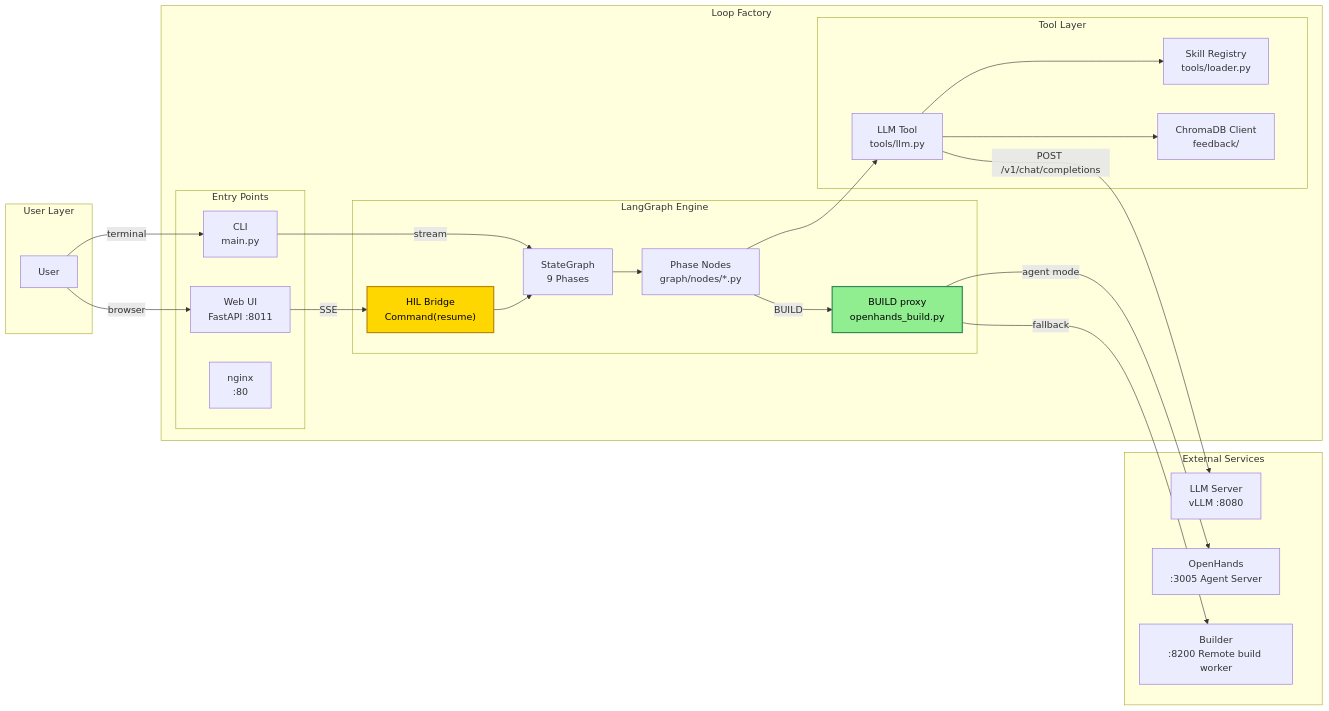
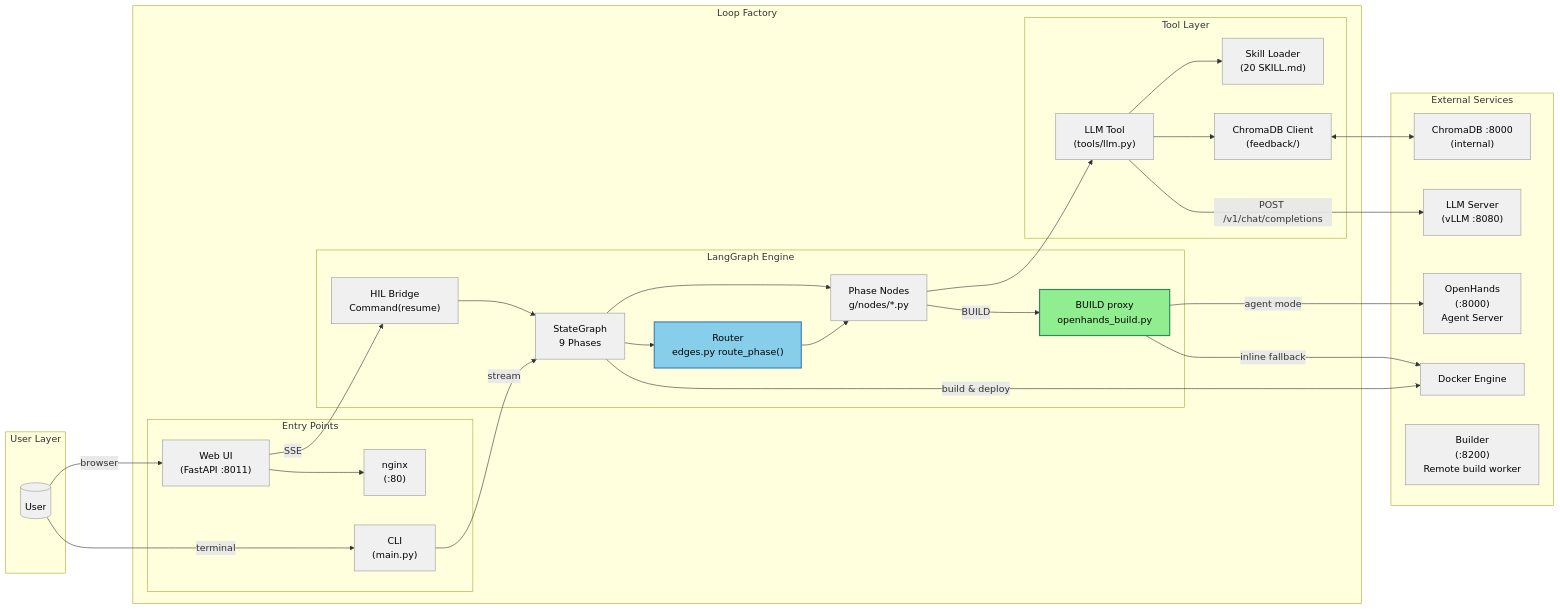
Before and after one commit to terrygzhou/loop_engineering_factory: the third of 4 diagrams in README.md, drawn with Mermaid. The commit also changed other lines of this file and 6 other files, not shown here.

First line of the commit message:
refactor(langgraph): HIL handling for split DISCOVER nodes + return-only pattern

````diff
--- a/README.md
+++ b/README.md
@@ -140,52 +109,65 @@
 ```mermaid
 graph LR
     subgraph User["User Layer"]
-        U["User"]
+        U[("User")]
     end
 
     subgraph LoopFactory["Loop Factory"]
         subgraph Entry["Entry Points"]
-            CLI["CLI<br/>main.py"]
-            WebUI["Web UI<br/>FastAPI :8011"]
-            Nginx["nginx<br/>:80"]
+            CLI["CLI<br/>(main.py)"]
+            WebUI["Web UI<br/>(FastAPI :8011)"]
+            Nginx["nginx<br/>(:80)"]
         end
 
         subgraph Engine["LangGraph Engine"]
             Graph["StateGraph<br/>9 Phases"]
-            Nodes["Phase Nodes<br/>graph/nodes/*.py"]
+            Nodes["Phase Nodes<br/>g/nodes/*.py"]
             Bridge["HIL Bridge<br/>Command(resume)"]
             BuildProxy["BUILD proxy<br/>openhands_build.py"]
+            Router["Router<br/>edges.py route_phase()"]
         end
 
         subgraph Tools["Tool Layer"]
-            LLM["LLM Tool<br/>tools/llm.py"]
-            Skills["Skill Registry<br/>tools/loader.py"]
-            ChromaC["ChromaDB Client<br/>feedback/"]
+            LLM["LLM Tool<br/>(tools/llm.py)"]
+            Skills["Skill Loader<br/>(20 SKILL.md)"]
+            ChromaC["ChromaDB Client<br/>(feedback/)"]
         end
     end
 
     subgraph External["External Services"]
-        LLM_Srv["LLM Server<br/>vLLM :8080"]
-        OpenHands["OpenHands<br/>:3005 Agent Server"]
-        Builder["Builder<br/>:8200 Remote build worker"]
+        LLM_Srv["LLM Server<br/>(vLLM :8080)"]
+        Docker["Docker Engine"]
+        Chroma["ChromaDB :8000<br/>(internal)"]
+        OpenHands["OpenHands<br/>(:8000)<br/>Agent Server"]
+        Builder["Builder<br/>(:8200)<br/>Remote build worker"]
     end
 
     U -->|browser| WebUI
     U -->|terminal| CLI
     CLI -->|stream| Graph
     WebUI -->|SSE| Bridge
     Bridge --> Graph
     Graph --> Nodes
+    Graph --> Router
+    Router --> Nodes
     Nodes --> LLM
     LLM --> Skills
     LLM --> ChromaC
     LLM -->|"POST /v1/chat/completions"| LLM_Srv
+    Graph -->|"build & deploy"| Docker
+    ChromaC <--> Chroma
+    WebUI --> Nginx
+
+    %% BUILD: OpenHands agent delegation with inline fallback
     Nodes -->|"BUILD"| BuildProxy
     BuildProxy -->|"agent mode"| OpenHands
-    BuildProxy -->|"fallback"| Builder
+    BuildProxy -->|"inline fallback"| Docker
 
+    classDef default fill:#F0F0F0,stroke:#999,stroke-width:1px,color:#000
     classDef hil fill:#FFD700,stroke:#B8860B,stroke-width:2px,color:#000
     classDef agent fill:#90EE90,stroke:#2E8B57,stroke-width:2px,color:#000
+    classDef router fill:#87CEEB,stroke:#4682B4,stroke-width:2px,color:#000
     class BuildProxy agent
-    class Bridge hil
+    class OpenHands,Builder external
+    class Router router
 ```
````
